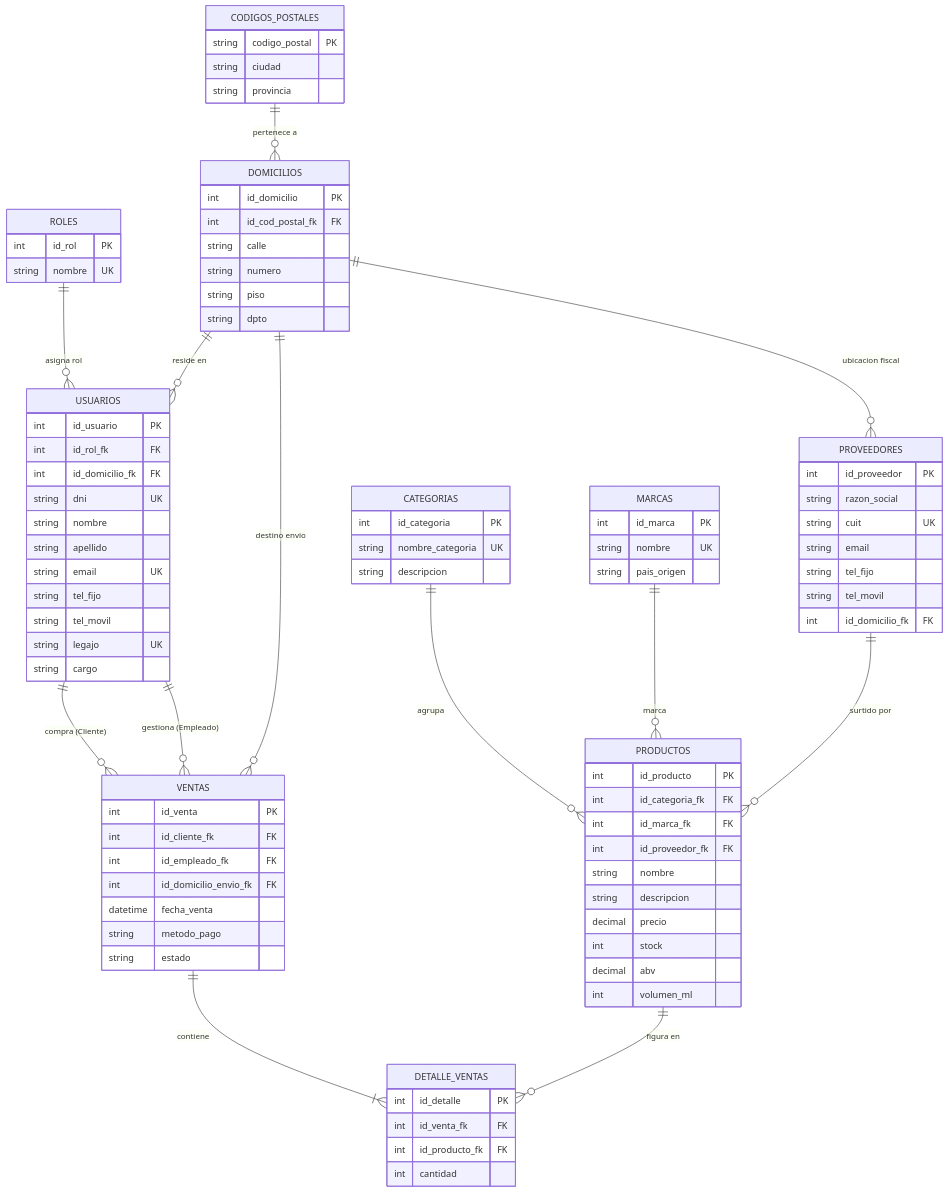
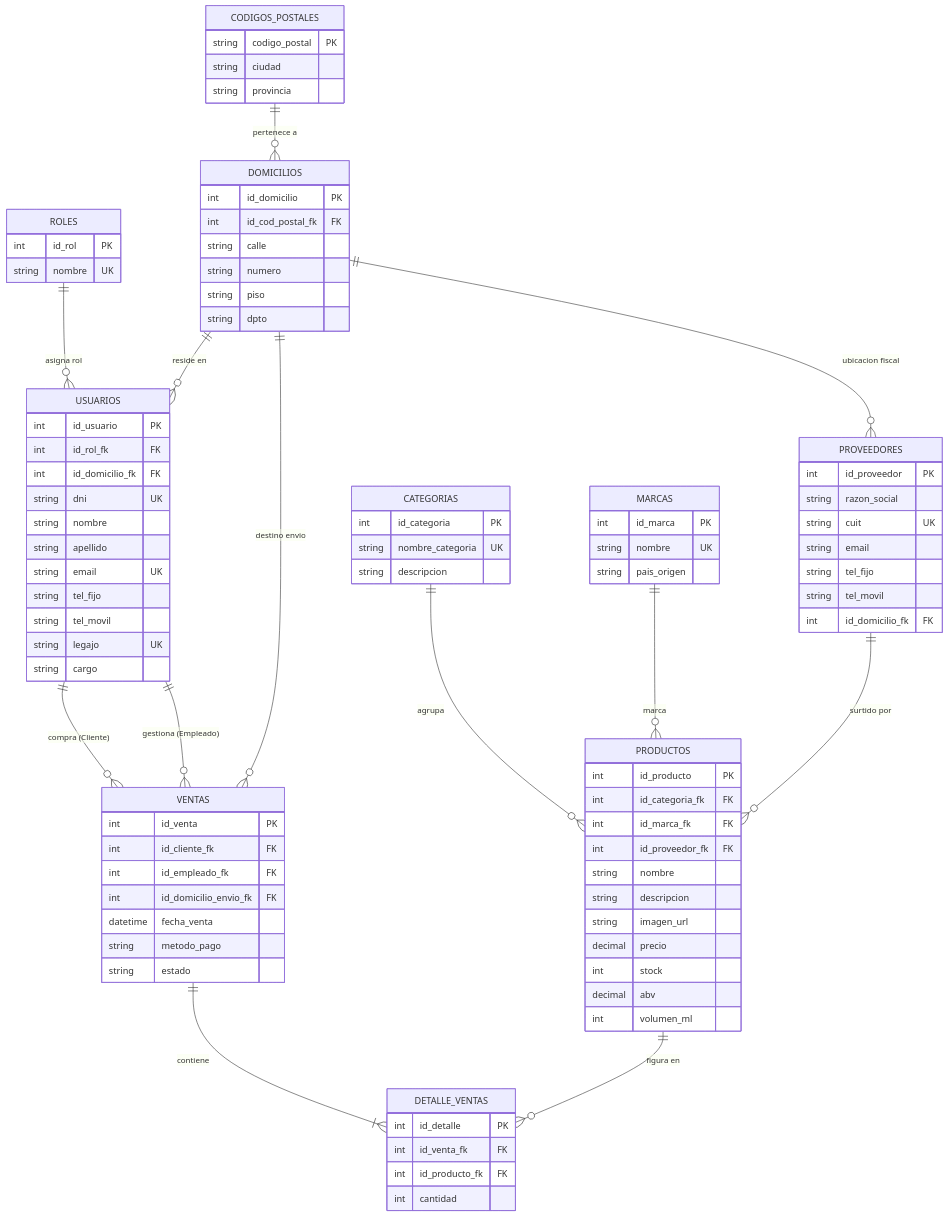
One commit to caudex-nox/moonshine-ballad changed the diagram in docs/especificacion.md. Above: the diagram before and after it, drawn with Mermaid. The commit also changed other lines of this file and 1 other file, not shown here.

Commit message:
feat: campo image_url en producto

```diff
--- a/docs/especificacion.md
+++ b/docs/especificacion.md
@@ -86,6 +86,7 @@
         int id_proveedor_fk FK
         string nombre
         string descripcion
+        string imagen_url
         decimal precio
         int stock
         decimal abv
```
